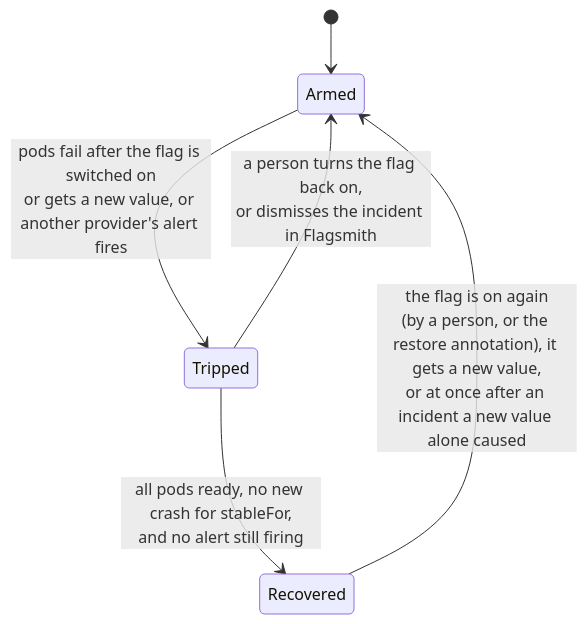
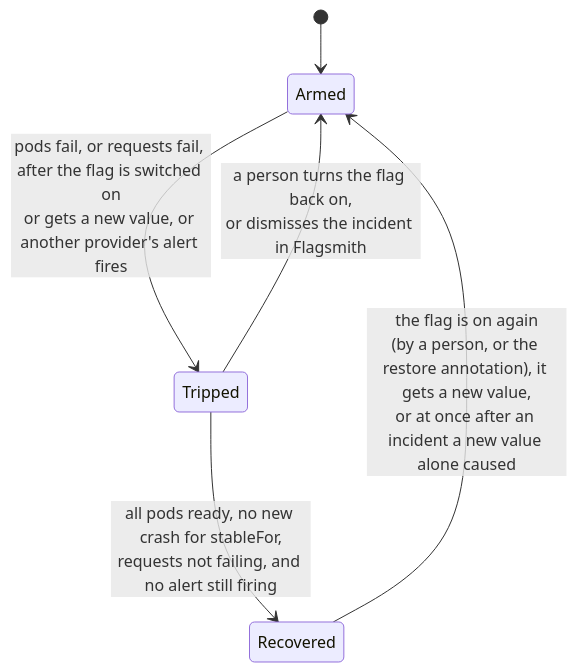
The second of 2 diagrams in docs/design.md (Pradyuman-aviator/flagbreaker), drawn with Mermaid before and after one commit. The commit also changed other lines of this file and 4 other files, not shown here.

First line of the commit message:
docs: describe tripping on failing requests

````diff
--- a/docs/design.md
+++ b/docs/design.md
@@ -63,8 +68,8 @@
 ```mermaid
 stateDiagram-v2
   [*] --> Armed
-  Armed --> Tripped: pods fail after the flag is switched on<br/>or gets a new value, or another provider's alert fires
-  Tripped --> Recovered: all pods ready, no new crash for stableFor,<br/>and no alert still firing
+  Armed --> Tripped: pods fail, or requests fail, after the flag is switched on<br/>or gets a new value, or another provider's alert fires
+  Tripped --> Recovered: all pods ready, no new crash for stableFor,<br/>requests not failing, and no alert still firing
   Tripped --> Armed: a person turns the flag back on,<br/>or dismisses the incident in Flagsmith
   Recovered --> Armed: the flag is on again<br/>(by a person, or the restore annotation), it gets a new value,<br/>or at once after an incident a new value alone caused
 ```
````
